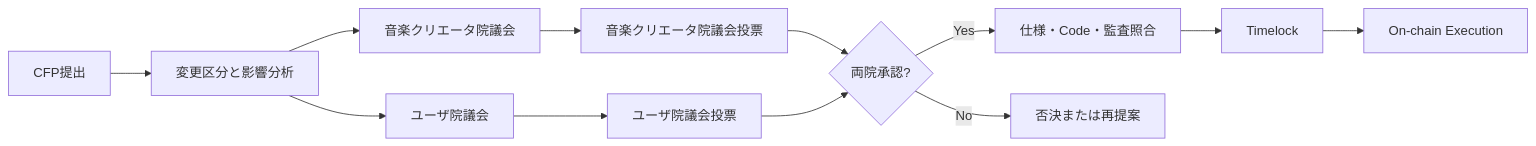
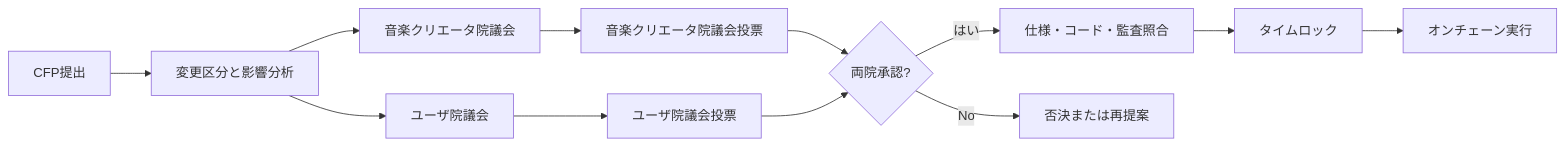
One commit to ShigeichiroYamasaki/creator-first-platform changed the first of 2 diagrams in docs/governance/index.md. Above: the diagram before and after it, drawn with Mermaid. The commit also changed other lines of this file and 72 other files, not shown here.

````diff
--- a/docs/governance/index.md
+++ b/docs/governance/index.md
@@ -24,19 +24,19 @@
 ```mermaid
 flowchart LR
     CFP[CFP提出]
     CLASS[変更区分と影響分析]
     CH[音楽クリエータ院議会]
     UH[ユーザ院議会]
     CV[音楽クリエータ院議会投票]
     UV[ユーザ院議会投票]
     JOINT{両院承認?}
-    VERIFY[仕様・Code・監査照合]
-    TIME[Timelock]
-    EXEC[On-chain Execution]
+    VERIFY[仕様・コード・監査照合]
+    TIME[タイムロック]
+    EXEC[オンチェーン実行]
 
     CFP --> CLASS
     CLASS --> CH --> CV --> JOINT
     CLASS --> UH --> UV --> JOINT
-    JOINT -->|Yes| VERIFY --> TIME --> EXEC
+    JOINT -->|はい| VERIFY --> TIME --> EXEC
     JOINT -->|No| REWORK[否決または再提案]
 ```
````
